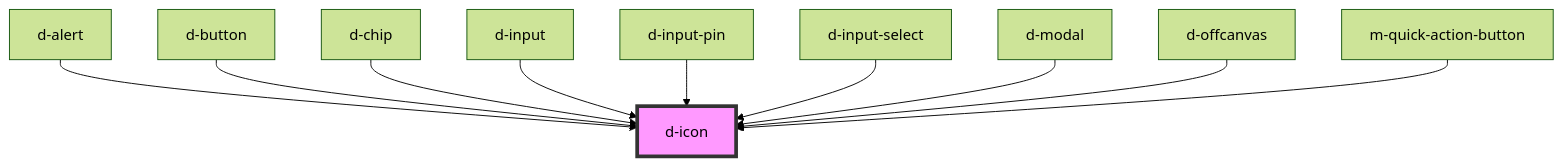
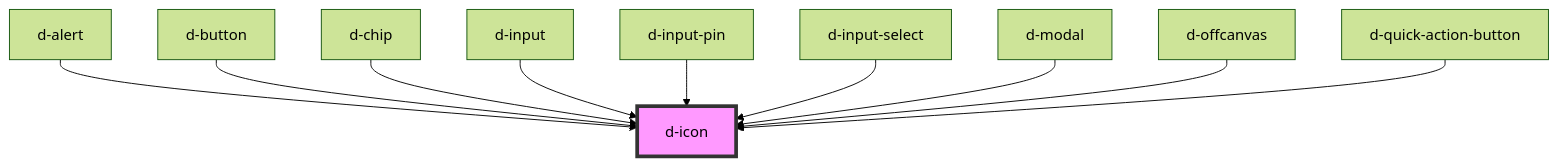
The diagram in libraries/dynamic-ui/src/components/d-icon/readme.md (dynamic-framework/dynamic-ui), drawn with Mermaid (forest theme) before and after one commit. The commit also changed other lines of this file and 26 other files, not shown here.

Commit message:
feat: update quick-action-select and quick-action-button name

````diff
--- a/libraries/dynamic-ui/src/components/d-icon/readme.md
+++ b/libraries/dynamic-ui/src/components/d-icon/readme.md
@@ -41,13 +41,13 @@
 ```mermaid
 graph TD;
   d-alert --> d-icon
   d-button --> d-icon
   d-chip --> d-icon
   d-input --> d-icon
   d-input-pin --> d-icon
   d-input-select --> d-icon
   d-modal --> d-icon
   d-offcanvas --> d-icon
-  m-quick-action-button --> d-icon
+  d-quick-action-button --> d-icon
   style d-icon fill:#f9f,stroke:#333,stroke-width:4px
 ```
````
